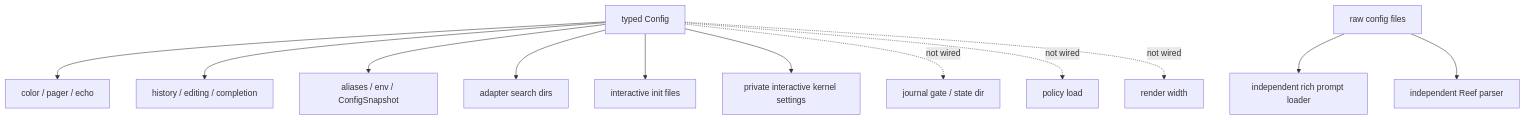
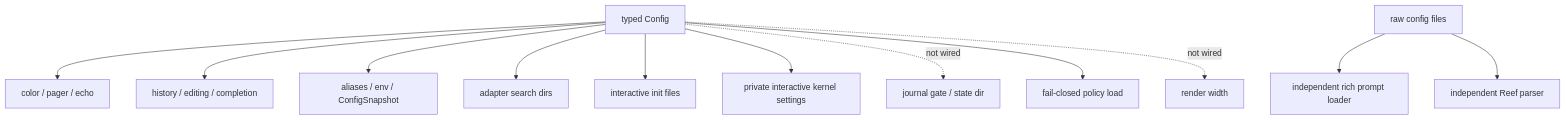
The second of 2 diagrams in site/content/internals/configuration-reference.md (alliecatowo/shoal), drawn with Mermaid before and after one commit. The commit also changed other lines of this file and 9 other files, not shown here.

````diff
--- a/site/content/internals/configuration-reference.md
+++ b/site/content/internals/configuration-reference.md
@@ -326,16 +326,16 @@
 ```mermaid
 flowchart TD
 accTitle: Host wiring matrix
 accDescr: Shows the components and relationships described in Host wiring matrix.
   Config["typed Config"] --> Render["color / pager / echo"]
   Config --> Editor["history / editing / completion"]
   Config --> Bindings["aliases / env / ConfigSnapshot"]
   Config --> Adapters["adapter search dirs"]
   Config --> Init["interactive init files"]
   Config --> Kernel["private interactive kernel settings"]
   Config -. "not wired" .-> Journal["journal gate / state dir"]
-  Config -. "not wired" .-> Leash["policy load"]
+  Config --> Leash["fail-closed policy load"]
   Config -. "not wired" .-> Width["render width"]
   Files["raw config files"] --> Prompt["independent rich prompt loader"]
   Files --> Reef["independent Reef parser"]
 ```
````
